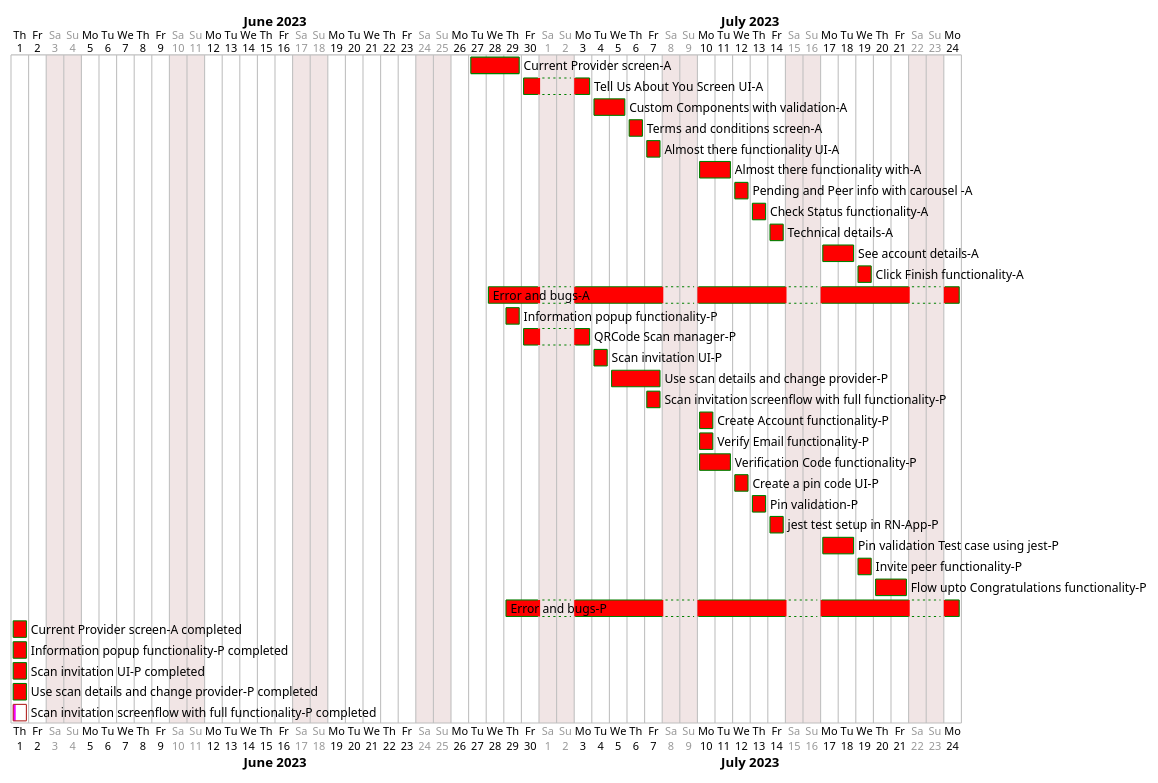
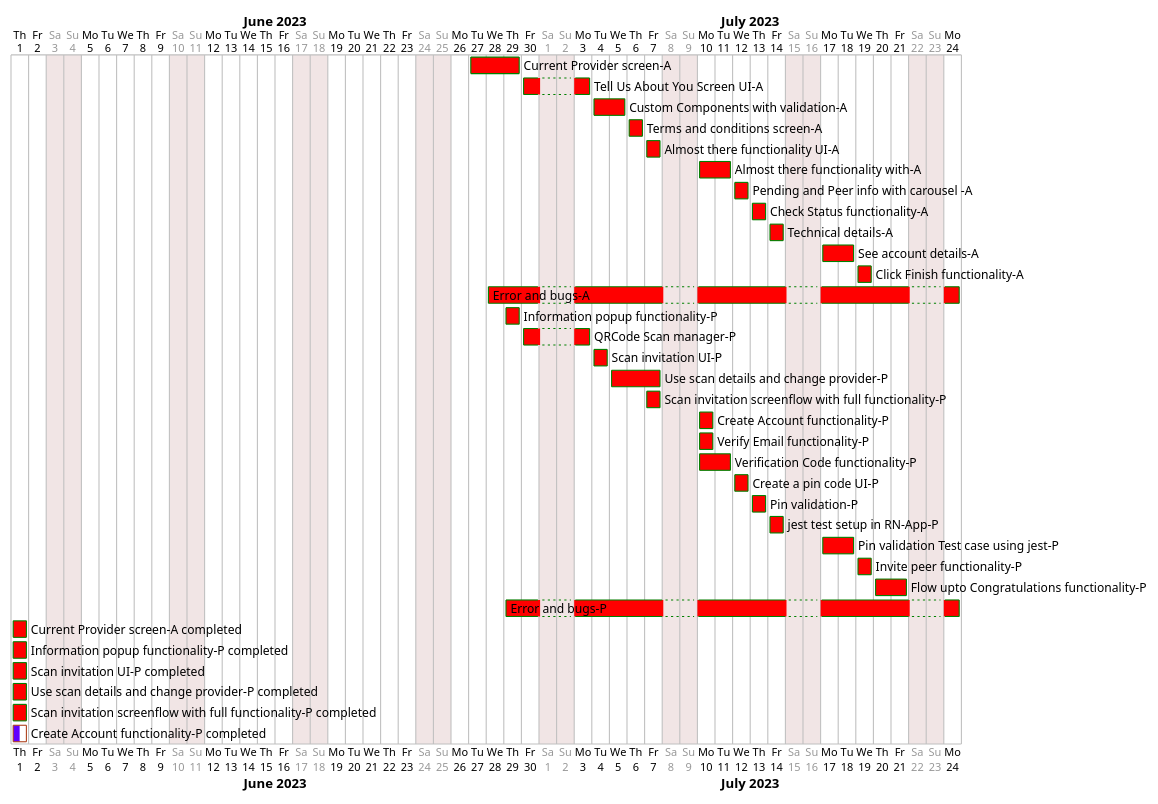
One commit to Trust-Anchor-Group/NeuroAccessReactNative changed the diagram in doc/Onboarding-Flow.puml. Above: the diagram before and after it, drawn with PlantUML.

Commit message:
tasks progress in uml file

```diff
--- a/doc/Onboarding-Flow.puml
+++ b/doc/Onboarding-Flow.puml
@@ -1,58 +1,59 @@
 @startgantt
 saturday are closed
 sunday are closed
 
 <style>
 ganttDiagram {
   task {
     BackGroundColor Red
     LineColor Green 
     unstarted {
       BackGroundColor Fuchsia 
       LineColor FireBrick
     }
     completed {
       BackGroundColor GreenYellow 
       LineColor Green
     }
   }
 }
 </style>
 Project starts 2023-06-01
 [Current Provider screen-A] starts 2023-06-27 and ends 2023-06-29
 [Tell Us About You Screen UI-A] starts 2023-06-30 and ends 2023-07-03
 [Custom Components with validation-A] starts 2023-07-04 and ends 2023-07-05
 [Terms and conditions screen-A] starts 2023-07-06 and ends 2023-07-06
 [Almost there functionality UI-A] starts 2023-07-07 and ends 2023-07-07
 [Almost there functionality with-A] starts 2023-07-10 and ends 2023-07-11
 [Pending and Peer info with carousel -A] starts 2023-07-12 and ends 2023-07-12
 [Check Status functionality-A] starts 2023-07-13 and ends 2023-07-13
 [Technical details-A] starts 2023-07-14 and ends 2023-07-14
 [See account details-A] starts 2023-07-17 and ends 2023-07-18
 [Click Finish functionality-A] starts 2023-07-19 and ends 2023-07-19
 [Error and bugs-A] starts 2023-06-28 and ends 2023-07-24
 
 [Information popup functionality-P] starts 2023-06-29 and ends 2023-06-29
 [QRCode Scan manager-P] starts 2023-06-30 and ends 2023-07-03
 [Scan invitation UI-P] starts 2023-07-04 and ends 2023-07-04
 [Use scan details and change provider-P] starts 2023-07-05 and ends 2023-07-07
 [Scan invitation screenflow with full functionality-P] starts 2023-07-07 and ends 2023-07-07
 [Create Account functionality-P] starts 2023-07-10 and ends 2023-07-10
 [Verify Email functionality-P] starts 2023-07-10 and ends 2023-07-10
 [Verification Code functionality-P] starts 2023-07-10 and ends 2023-07-11
 [Create a pin code UI-P] starts 2023-07-12 and ends 2023-07-12
 [Pin validation-P] starts 2023-07-13 and ends 2023-07-13
 [jest test setup in RN-App-P] starts 2023-07-14 and ends 2023-07-14
 [Pin validation Test case using jest-P] starts 2023-07-17 and ends 2023-07-18
 
 [Invite peer functionality-P] starts 2023-07-19 and ends 2023-07-19
 [Flow upto Congratulations functionality-P] starts 2023-07-20 and ends 2023-07-21
 [Error and bugs-P] starts 2023-06-29 and ends 2023-07-24
 
 [Current Provider screen-A completed] is 100% completed
 [Information popup functionality-P completed] is 100% completed
 [Scan invitation UI-P completed] is 100% completed
 [Use scan details and change provider-P completed] is 100% completed
-[Scan invitation screenflow with full functionality-P completed] is 20% completed
+[Scan invitation screenflow with full functionality-P completed] is 100% completed
+[Create Account functionality-P completed] is 50% completed
 
 @endgantt
```
